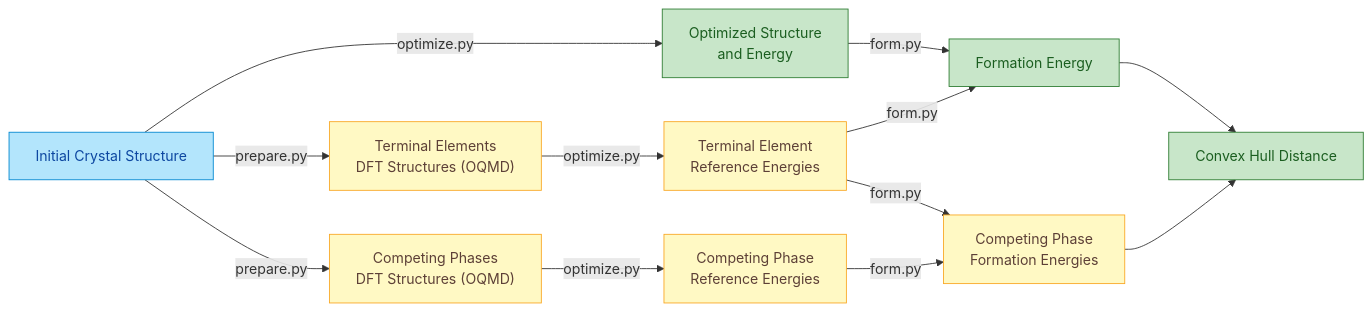
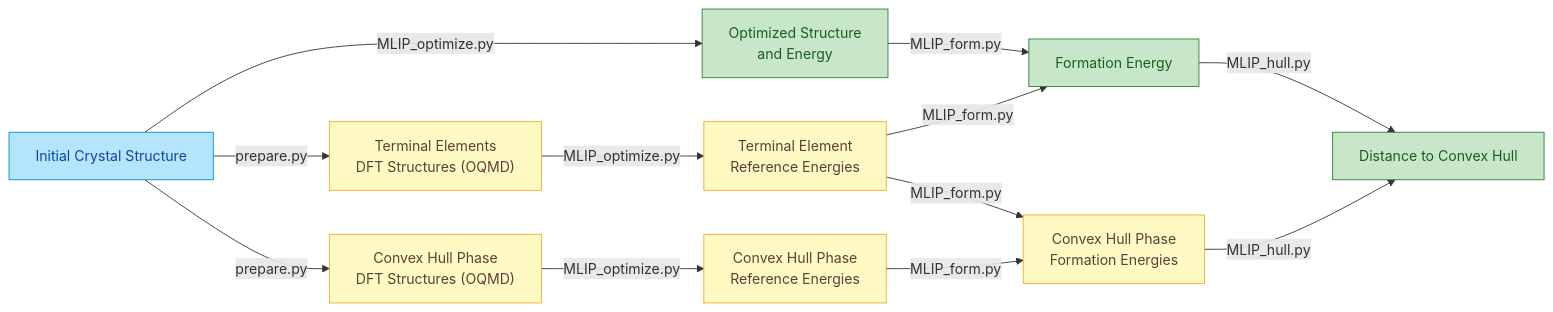
Before and after one commit to nims-spin-theory/MLIP_HOT: the diagram in README.md, drawn with Mermaid. The commit also changed other lines of this file and 3 other files, not shown here.

Commit message:
update the optimize and form energy scripts.

````diff
--- a/README.md
+++ b/README.md
@@ -16,41 +20,41 @@
 ```mermaid
 flowchart LR
   %% Inputs
   A[Initial Crystal Structure]
   D["Terminal Elements<br>DFT Structures (OQMD)"]
-  E["Competing Phases<br>DFT Structures (OQMD)"]
+  E["Convex Hull Phase<br>DFT Structures (OQMD)"]
 
   %% Computed outputs
   B1["Optimized Structure<br>and Energy"]
   B2["Terminal Element<br>Reference Energies"]
-  B3["Competing Phase<br>Reference Energies"]
+  B3["Convex Hull Phase<br>Reference Energies"]
   C["Formation Energy"]
-  F["Competing Phase<br>Formation Energies"]
-  J["Convex Hull Distance"]
+  F["Convex Hull Phase<br>Formation Energies"]
+  J["Distance to Convex Hull "]
 
   %% Workflow connections
   A -- prepare.py --> D
   A -- prepare.py --> E
-  A -- optimize.py --> B1
-  D -- optimize.py --> B2
-  E -- optimize.py --> B3
+  A -- MLIP_optimize.py --> B1
+  D -- MLIP_optimize.py --> B2
+  E -- MLIP_optimize.py --> B3
 
-  B1 -- form.py --> C
-  B2 -- form.py --> C
+  B1 -- MLIP_form.py --> C
+  B2 -- MLIP_form.py --> C
 
-  B2 -- form.py --> F
-  B3 -- form.py --> F
+  B2 -- MLIP_form.py --> F
+  B3 -- MLIP_form.py --> F
 
-  C --> J
-  F --> J
+  C -- MLIP_hull.py --> J
+  F -- MLIP_hull.py --> J
 
   %% Node styles
   classDef input fill:#b3e5fc,stroke:#0288d1,color:#0d47a1,stroke-width:1px;
   classDef data fill:#fff9c4,stroke:#f9a825,color:#5d4037,stroke-width:1px;
   classDef output fill:#c8e6c9,stroke:#2e7d32,color:#1b5e20,stroke-width:1px;
 
   class A input
   class D,E,B2,B3,F data
   class B1,C,J output
 
 ```
````
